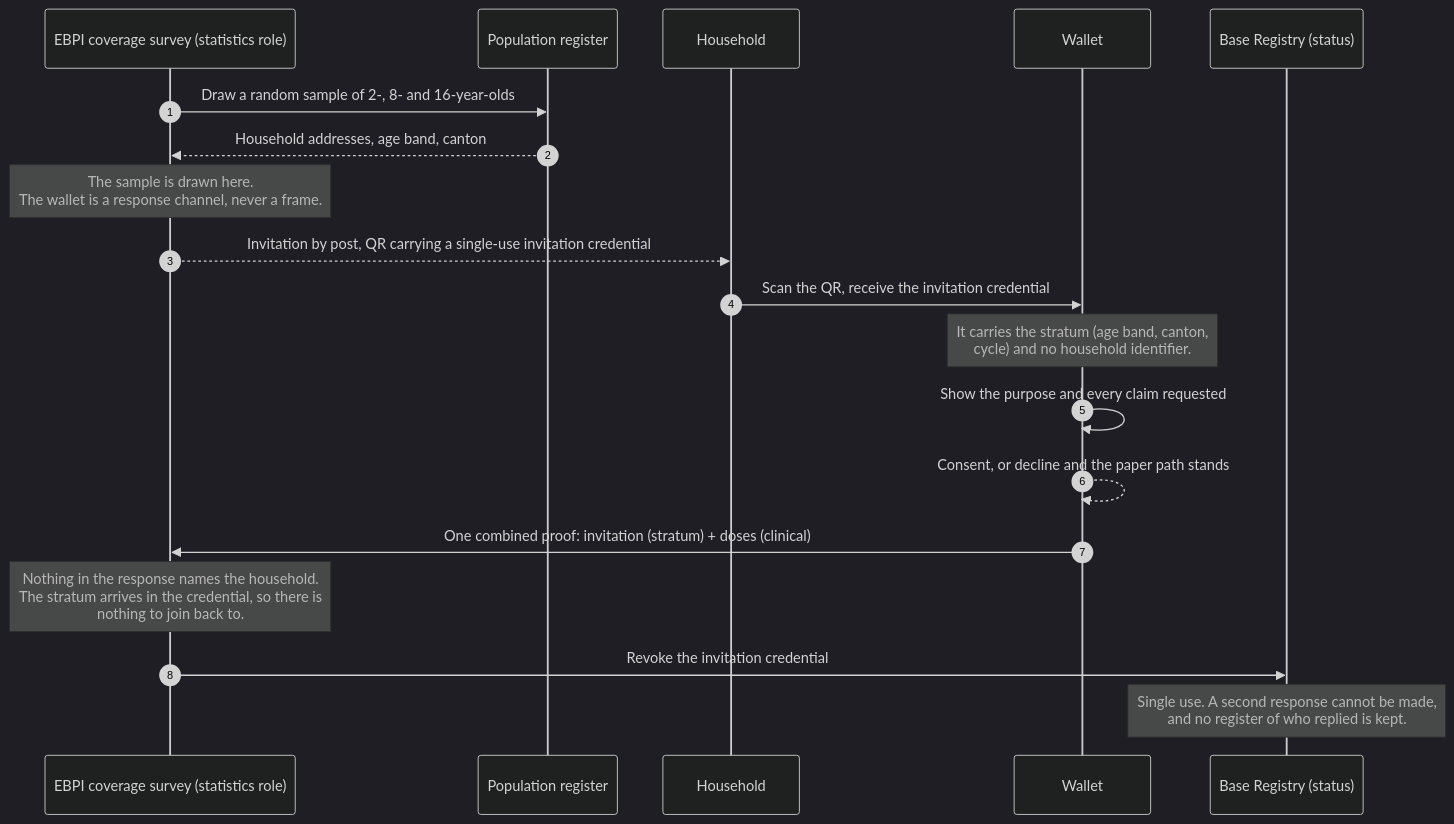
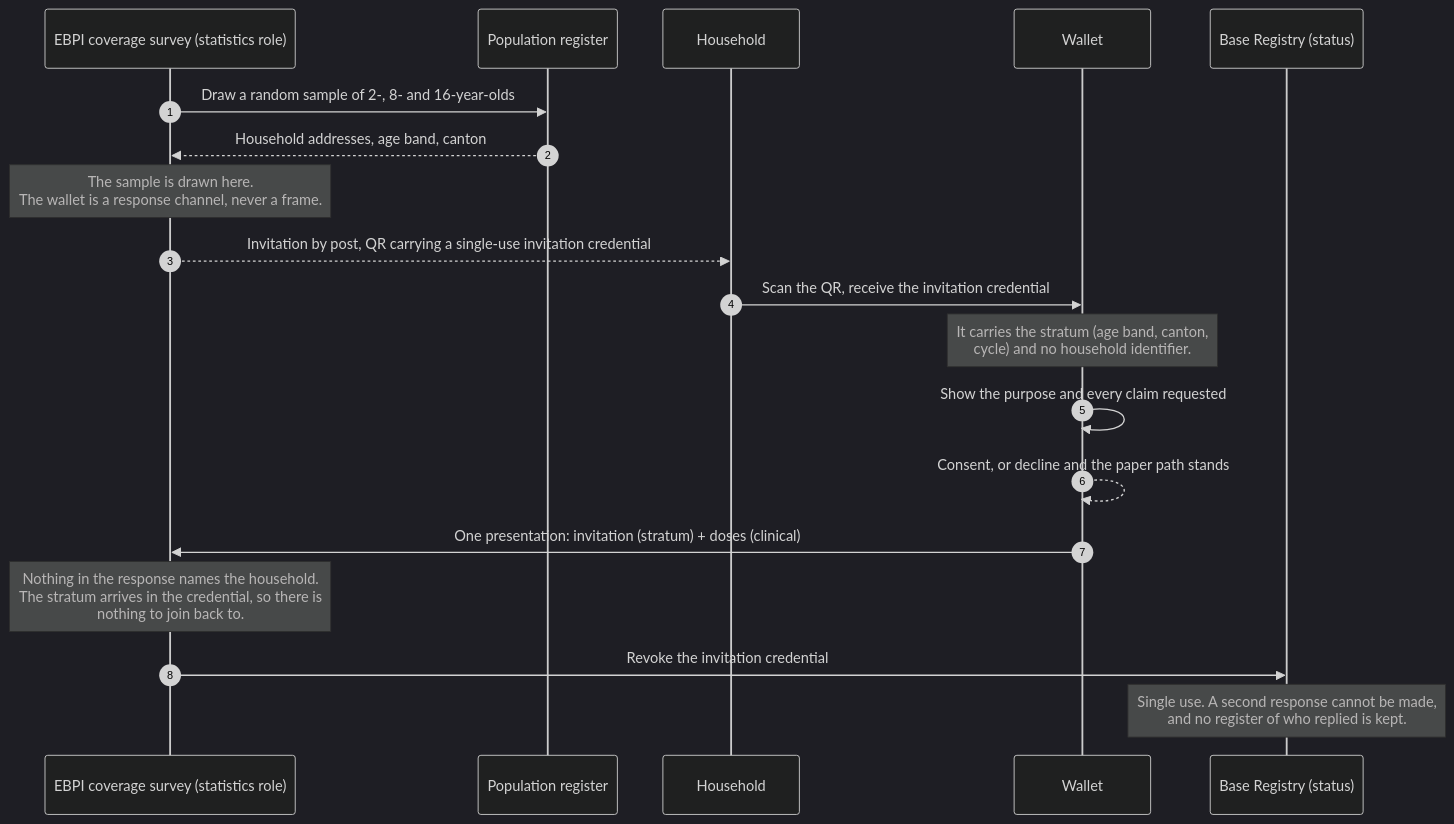
Before and after one commit to Accelerate-GmbH/digital-health-swiyu-vaccination: the diagram in flows/F-11-coverage-survey.md, drawn with Mermaid (dark theme). The commit also changed other lines of this file and 14 other files, not shown here.

````diff
--- a/flows/F-11-coverage-survey.md
+++ b/flows/F-11-coverage-survey.md
@@ -64,22 +65,22 @@
 ```mermaid
 sequenceDiagram
     autonumber
     participant S as EBPI coverage survey (statistics role)
     participant P as Population register
     participant H as Household
     participant W as Wallet
     participant BR as Base Registry (status)
 
     S->>P: Draw a random sample of 2-, 8- and 16-year-olds
     P-->>S: Household addresses, age band, canton
     Note over S: The sample is drawn here.<br/>The wallet is a response channel, never a frame.
     S-->>H: Invitation by post, QR carrying a single-use invitation credential
     H->>W: Scan the QR, receive the invitation credential
     Note over W: It carries the stratum (age band, canton,<br/>cycle) and no household identifier.
     W->>W: Show the purpose and every claim requested
     W-->>W: Consent, or decline and the paper path stands
-    W->>S: One combined proof: invitation (stratum) + doses (clinical)
+    W->>S: One presentation: invitation (stratum) + doses (clinical)
     Note over S: Nothing in the response names the household.<br/>The stratum arrives in the credential, so there is<br/>nothing to join back to.
     S->>BR: Revoke the invitation credential
     Note over BR: Single use. A second response cannot be made,<br/>and no register of who replied is kept.
 ```
````
